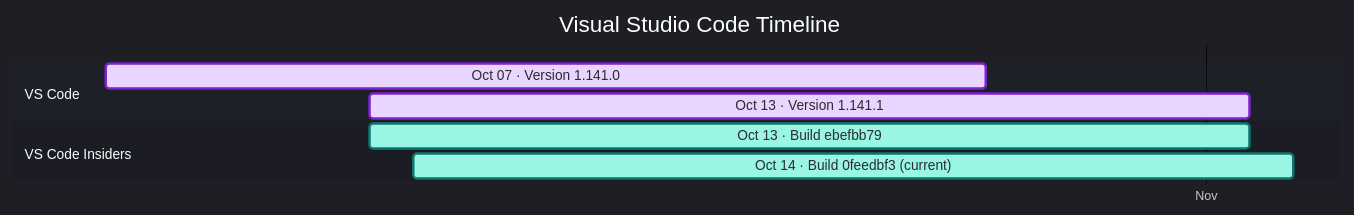
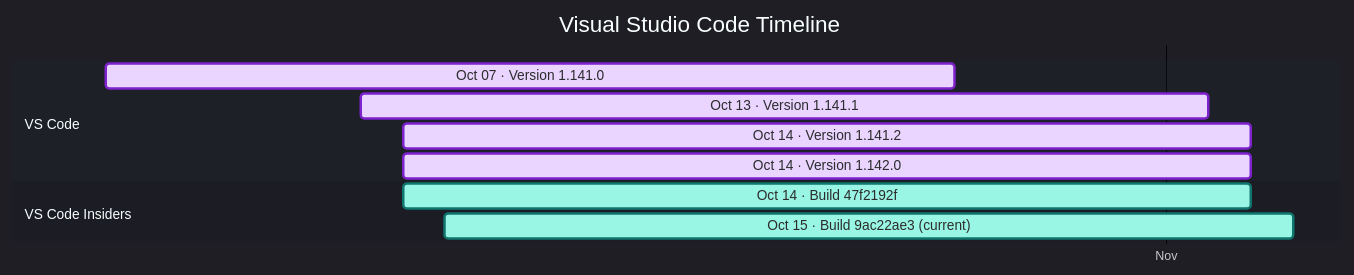
Before and after one commit to Oxelya-DevTools/VisualStudioUpdate: the diagram in docs/vscode.md, drawn with Mermaid. The commit also changed other lines of this file and 1 other file, not shown here.

````diff
--- a/docs/vscode.md
+++ b/docs/vscode.md
@@ -9,14 +9,16 @@
 ```mermaid
 %%{init: {'theme':'dark','themeVariables': { 'fontFamily': 'Segoe UI', 'fontSize': '24px', 'textColor': '#F3F4F6', 'titleTextColor': '#FFFFFF', 'taskTextColor': '#111827', 'taskTextLightColor': '#111827', 'taskTextOutsideColor': '#F3F4F6', 'taskBkgColor': '#BAE6FD', 'taskBorderColor': '#0369A1', 'doneTaskBkgColor': '#E9D5FF', 'doneTaskBorderColor': '#7E22CE', 'activeTaskBkgColor': '#99F6E4', 'activeTaskBorderColor': '#0F766E', 'critTaskBkgColor': '#FED7AA', 'critTaskBorderColor': '#C2410C', 'sectionBkgColor': '#1F2937', 'altSectionBkgColor': '#111827', 'gridColor': '#4B5563', 'todayLineColor': '#F87171' }}}%%
 gantt
     title Visual Studio Code Timeline
     dateFormat  YYYY-MM-DD
     axisFormat  %b
     tickInterval 1month
     section VS Code
     Oct 07 · Version 1.141.0 : done, vscode202610070, 2026-10-07, 20d
     Oct 13 · Version 1.141.1 : done, vscode202610131, 2026-10-13, 20d
+    Oct 14 · Version 1.141.2 : done, vscode202610142, 2026-10-14, 20d
+    Oct 14 · Version 1.142.0 : done, vscode202610143, 2026-10-14, 20d
     section VS Code Insiders
-    Oct 13 · Build ebefbb79 : active, vscodeinsiders202610130, 2026-10-13, 20d
-    Oct 14 · Build 0feedbf3 (current) : active, vscodeinsiders202610141, 2026-10-14, 20d
+    Oct 14 · Build 47f2192f : active, vscodeinsiders202610140, 2026-10-14, 20d
+    Oct 15 · Build 9ac22ae3 (current) : active, vscodeinsiders202610151, 2026-10-15, 20d
 ```
````
